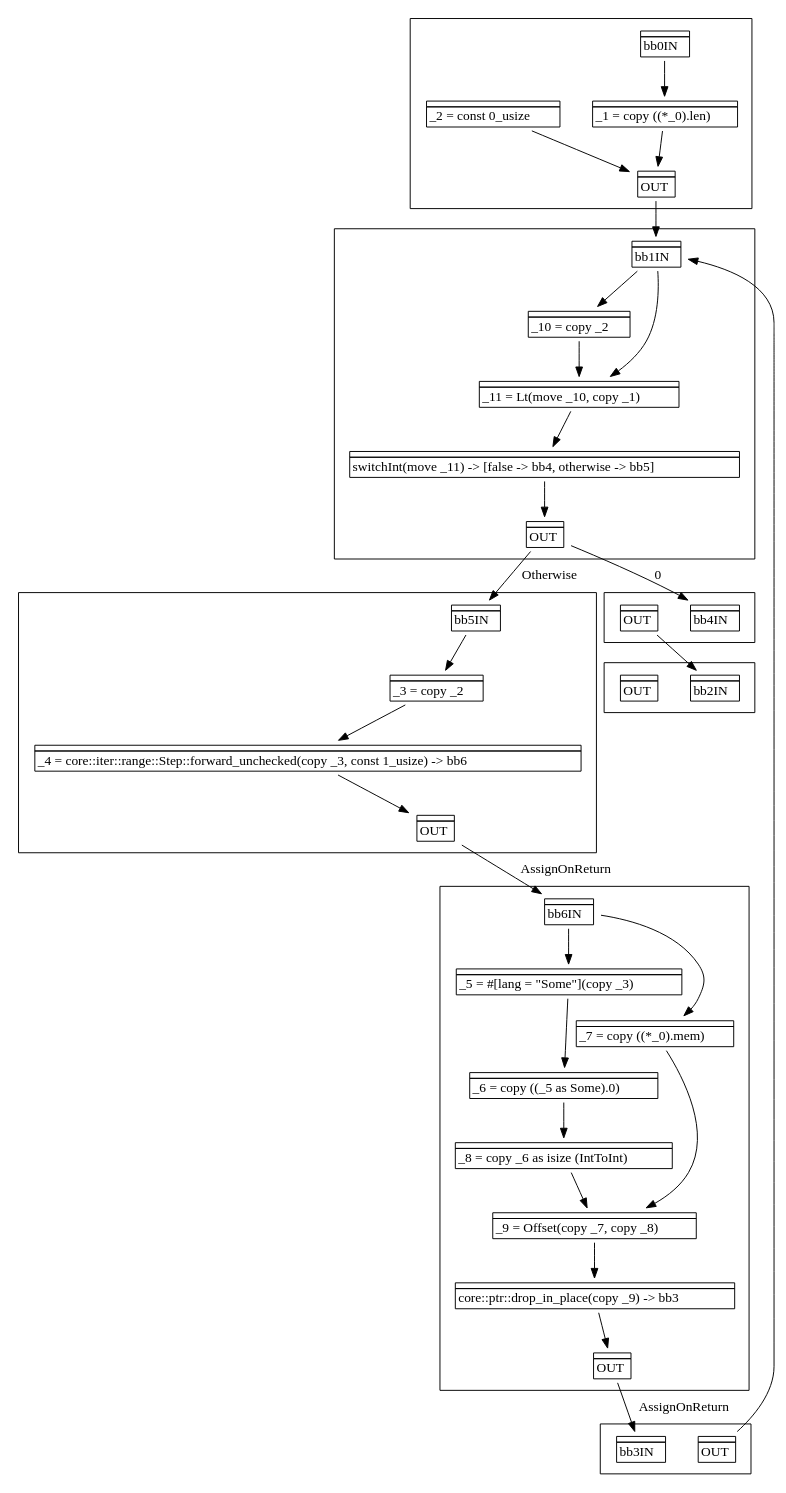
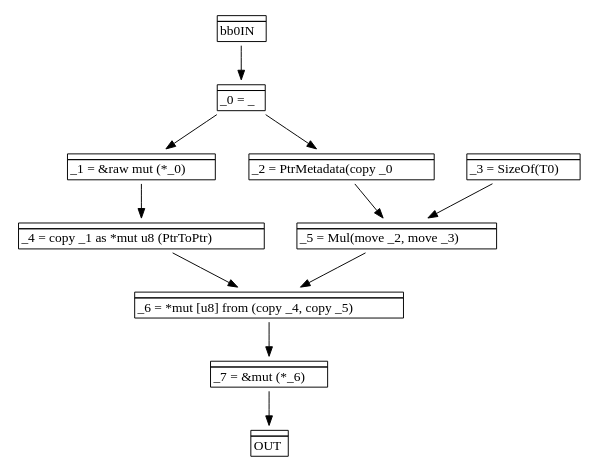
Before and after one commit to stuuupidcat/RPL: the diagram in crates/rpl_graphviz/graphs/cve_2018_21000_pat_ddg.dot, drawn with Graphviz. The commit also changed 8 other files, not shown here.

```diff
--- a/crates/rpl_graphviz/graphs/cve_2018_21000_pat_ddg.dot
+++ b/crates/rpl_graphviz/graphs/cve_2018_21000_pat_ddg.dot
@@ -1,70 +1,23 @@
-digraph name {
-subgraph cluster_bb0 {
+digraph bb0 {
     bb0IN [shape="none", label=<<table border="0" cellborder="1" cellspacing="0"><tr><td  align="center" colspan="1"></td></tr><tr><td align="left">bb0IN</td></tr></table>>];
-    bb0stmt0 [shape="none", label=<<table border="0" cellborder="1" cellspacing="0"><tr><td  align="center" colspan="1"></td></tr><tr><td align="left">_1 = copy ((*_0).len)</td></tr></table>>];
-    bb0stmt1 [shape="none", label=<<table border="0" cellborder="1" cellspacing="0"><tr><td  align="center" colspan="1"></td></tr><tr><td align="left">_2 = const 0_usize</td></tr></table>>];
     bb0OUT [shape="none", label=<<table border="0" cellborder="1" cellspacing="0"><tr><td  align="center" colspan="1"></td></tr><tr><td align="left">OUT</td></tr></table>>];
+    bb0stmt0 [shape="none", label=<<table border="0" cellborder="1" cellspacing="0"><tr><td  align="center" colspan="1"></td></tr><tr><td align="left">_0 = _</td></tr></table>>];
+    bb0stmt1 [shape="none", label=<<table border="0" cellborder="1" cellspacing="0"><tr><td  align="center" colspan="1"></td></tr><tr><td align="left">_1 = &amp;raw mut (*_0)</td></tr></table>>];
+    bb0stmt2 [shape="none", label=<<table border="0" cellborder="1" cellspacing="0"><tr><td  align="center" colspan="1"></td></tr><tr><td align="left">_2 = PtrMetadata(copy _0</td></tr></table>>];
+    bb0stmt3 [shape="none", label=<<table border="0" cellborder="1" cellspacing="0"><tr><td  align="center" colspan="1"></td></tr><tr><td align="left">_3 = SizeOf(T0)</td></tr></table>>];
+    bb0stmt4 [shape="none", label=<<table border="0" cellborder="1" cellspacing="0"><tr><td  align="center" colspan="1"></td></tr><tr><td align="left">_4 = copy _1 as *mut u8 (PtrToPtr)</td></tr></table>>];
+    bb0stmt5 [shape="none", label=<<table border="0" cellborder="1" cellspacing="0"><tr><td  align="center" colspan="1"></td></tr><tr><td align="left">_5 = Mul(move _2, move _3)</td></tr></table>>];
+    bb0stmt6 [shape="none", label=<<table border="0" cellborder="1" cellspacing="0"><tr><td  align="center" colspan="1"></td></tr><tr><td align="left">_6 = *mut [u8] from (copy _4, copy _5)</td></tr></table>>];
+    bb0stmt7 [shape="none", label=<<table border="0" cellborder="1" cellspacing="0"><tr><td  align="center" colspan="1"></td></tr><tr><td align="left">_7 = &amp;mut (*_6)</td></tr></table>>];
+    bb0stmt7 -> bb0OUT [label=""];
     bb0IN -> bb0stmt0 [label=""];
-    bb0stmt0 -> bb0OUT [label=""];
-    bb0stmt1 -> bb0OUT [label=""];
+    bb0stmt0 -> bb0stmt1 [label=""];
+    bb0stmt0 -> bb0stmt2 [label=""];
+    bb0stmt1 -> bb0stmt4 [label=""];
+    bb0stmt2 -> bb0stmt5 [label=""];
+    bb0stmt3 -> bb0stmt5 [label=""];
+    bb0stmt4 -> bb0stmt6 [label=""];
+    bb0stmt5 -> bb0stmt6 [label=""];
+    bb0stmt6 -> bb0stmt7 [label=""];
+
 }
-subgraph cluster_bb1 {
-    bb1IN [shape="none", label=<<table border="0" cellborder="1" cellspacing="0"><tr><td  align="center" colspan="1"></td></tr><tr><td align="left">bb1IN</td></tr></table>>];
-    bb1stmt0 [shape="none", label=<<table border="0" cellborder="1" cellspacing="0"><tr><td  align="center" colspan="1"></td></tr><tr><td align="left">_10 = copy _2</td></tr></table>>];
-    bb1stmt1 [shape="none", label=<<table border="0" cellborder="1" cellspacing="0"><tr><td  align="center" colspan="1"></td></tr><tr><td align="left">_11 = Lt(move _10, copy _1)</td></tr></table>>];
-    bb1stmt2 [shape="none", label=<<table border="0" cellborder="1" cellspacing="0"><tr><td  align="center" colspan="1"></td></tr><tr><td align="left">switchInt(move _11) -&gt; [false -&gt; bb4, otherwise -&gt; bb5]</td></tr></table>>];
-    bb1OUT [shape="none", label=<<table border="0" cellborder="1" cellspacing="0"><tr><td  align="center" colspan="1"></td></tr><tr><td align="left">OUT</td></tr></table>>];
-    bb1IN -> bb1stmt0 [label=""];
-    bb1IN -> bb1stmt1 [label=""];
-    bb1stmt0 -> bb1stmt1 [label=""];
-    bb1stmt1 -> bb1stmt2 [label=""];
-    bb1stmt2 -> bb1OUT [label=""];
-}
-subgraph cluster_bb2 {
-    bb2IN [shape="none", label=<<table border="0" cellborder="1" cellspacing="0"><tr><td  align="center" colspan="1"></td></tr><tr><td align="left">bb2IN</td></tr></table>>];
-    bb2OUT [shape="none", label=<<table border="0" cellborder="1" cellspacing="0"><tr><td  align="center" colspan="1"></td></tr><tr><td align="left">OUT</td></tr></table>>];
-}
-subgraph cluster_bb3 {
-    bb3IN [shape="none", label=<<table border="0" cellborder="1" cellspacing="0"><tr><td  align="center" colspan="1"></td></tr><tr><td align="left">bb3IN</td></tr></table>>];
-    bb3OUT [shape="none", label=<<table border="0" cellborder="1" cellspacing="0"><tr><td  align="center" colspan="1"></td></tr><tr><td align="left">OUT</td></tr></table>>];
-}
-subgraph cluster_bb4 {
-    bb4IN [shape="none", label=<<table border="0" cellborder="1" cellspacing="0"><tr><td  align="center" colspan="1"></td></tr><tr><td align="left">bb4IN</td></tr></table>>];
-    bb4OUT [shape="none", label=<<table border="0" cellborder="1" cellspacing="0"><tr><td  align="center" colspan="1"></td></tr><tr><td align="left">OUT</td></tr></table>>];
-}
-subgraph cluster_bb5 {
-    bb5IN [shape="none", label=<<table border="0" cellborder="1" cellspacing="0"><tr><td  align="center" colspan="1"></td></tr><tr><td align="left">bb5IN</td></tr></table>>];
-    bb5stmt0 [shape="none", label=<<table border="0" cellborder="1" cellspacing="0"><tr><td  align="center" colspan="1"></td></tr><tr><td align="left">_3 = copy _2</td></tr></table>>];
-    bb5stmt1 [shape="none", label=<<table border="0" cellborder="1" cellspacing="0"><tr><td  align="center" colspan="1"></td></tr><tr><td align="left">_4 = core::iter::range::Step::forward_unchecked(copy _3, const 1_usize) -&gt; bb6</td></tr></table>>];
-    bb5OUT [shape="none", label=<<table border="0" cellborder="1" cellspacing="0"><tr><td  align="center" colspan="1"></td></tr><tr><td align="left">OUT</td></tr></table>>];
-    bb5IN -> bb5stmt0 [label=""];
-    bb5stmt0 -> bb5stmt1 [label=""];
-    bb5stmt1 -> bb5OUT [label=""];
-}
-subgraph cluster_bb6 {
-    bb6IN [shape="none", label=<<table border="0" cellborder="1" cellspacing="0"><tr><td  align="center" colspan="1"></td></tr><tr><td align="left">bb6IN</td></tr></table>>];
-    bb6stmt0 [shape="none", label=<<table border="0" cellborder="1" cellspacing="0"><tr><td  align="center" colspan="1"></td></tr><tr><td align="left">_5 = #[lang = &quot;Some&quot;](copy _3)</td></tr></table>>];
-    bb6stmt1 [shape="none", label=<<table border="0" cellborder="1" cellspacing="0"><tr><td  align="center" colspan="1"></td></tr><tr><td align="left">_6 = copy ((_5 as Some).0)</td></tr></table>>];
-    bb6stmt2 [shape="none", label=<<table border="0" cellborder="1" cellspacing="0"><tr><td  align="center" colspan="1"></td></tr><tr><td align="left">_7 = copy ((*_0).mem)</td></tr></table>>];
-    bb6stmt3 [shape="none", label=<<table border="0" cellborder="1" cellspacing="0"><tr><td  align="center" colspan="1"></td></tr><tr><td align="left">_8 = copy _6 as isize (IntToInt)</td></tr></table>>];
-    bb6stmt4 [shape="none", label=<<table border="0" cellborder="1" cellspacing="0"><tr><td  align="center" colspan="1"></td></tr><tr><td align="left">_9 = Offset(copy _7, copy _8)</td></tr></table>>];
-    bb6stmt5 [shape="none", label=<<table border="0" cellborder="1" cellspacing="0"><tr><td  align="center" colspan="1"></td></tr><tr><td align="left">core::ptr::drop_in_place(copy _9) -&gt; bb3</td></tr></table>>];
-    bb6OUT [shape="none", label=<<table border="0" cellborder="1" cellspacing="0"><tr><td  align="center" colspan="1"></td></tr><tr><td align="left">OUT</td></tr></table>>];
-    bb6IN -> bb6stmt0 [label=""];
-    bb6IN -> bb6stmt2 [label=""];
-    bb6stmt0 -> bb6stmt1 [label=""];
-    bb6stmt1 -> bb6stmt3 [label=""];
-    bb6stmt2 -> bb6stmt4 [label=""];
-    bb6stmt3 -> bb6stmt4 [label=""];
-    bb6stmt4 -> bb6stmt5 [label=""];
-    bb6stmt5 -> bb6OUT [label=""];
-}
-
-    bb0OUT -> bb1IN [label=""]
-    bb1OUT -> bb4IN [label="0"]
-    bb1OUT -> bb5IN [label="Otherwise"]
-    bb3OUT -> bb1IN [label=""]
-    bb4OUT -> bb2IN [label=""]
-    bb5OUT -> bb6IN [label="AssignOnReturn"]
-    bb6OUT -> bb3IN [label="AssignOnReturn"]
-}
```
